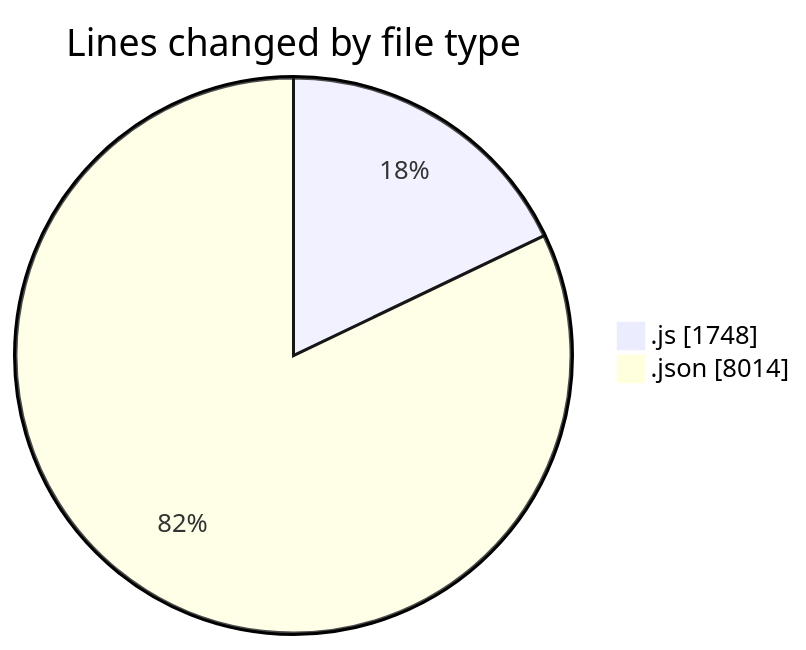
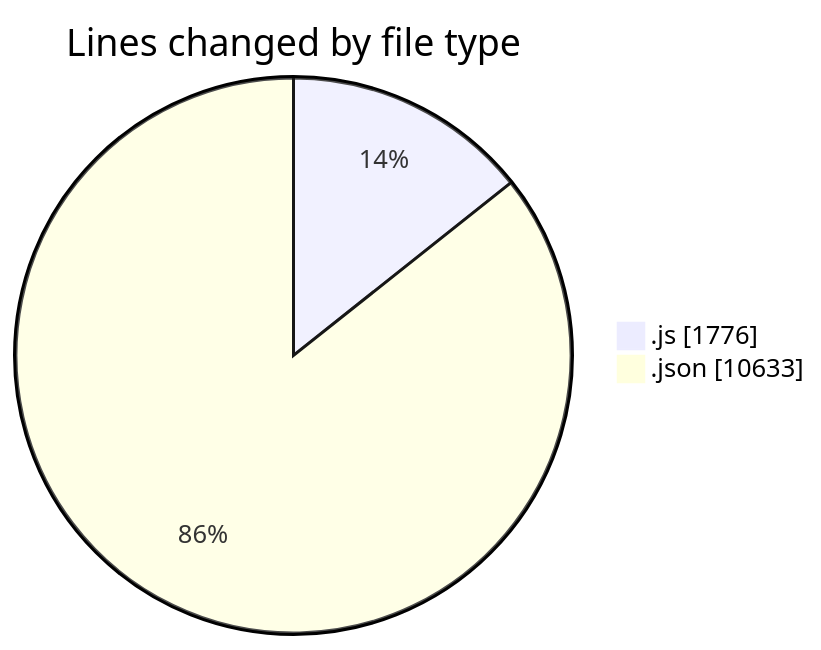
Before and after one commit to momahboobian/code-tracking: the first of 2 diagrams in 2025-01-11/good-pr/README.md, drawn with Mermaid. The commit also changed other lines of this file and 1 other file, not shown here.

````diff
--- a/2025-01-11/good-pr/README.md
+++ b/2025-01-11/good-pr/README.md
@@ -38,6 +40,6 @@
 ```mermaid
 pie showData
 title Lines changed by file type
-".js" : 1748
-".json" : 8014
+".js" : 1776
+".json" : 10633
 ```
````
